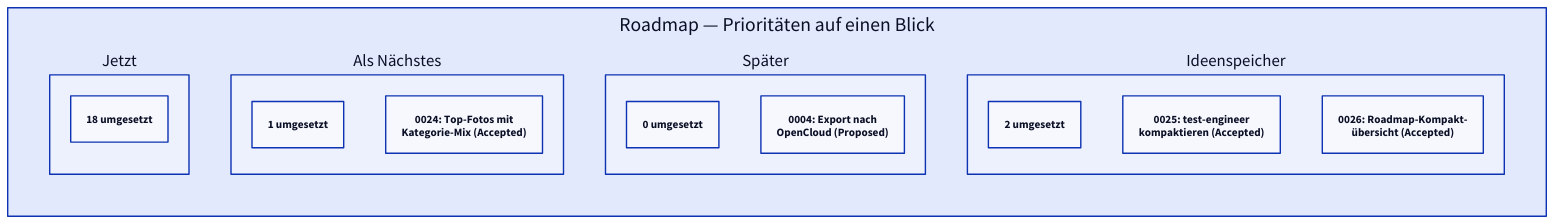
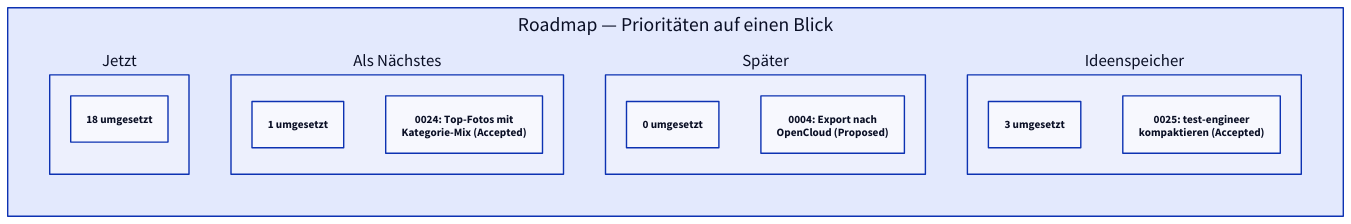
Before and after one commit to TheRealKoller/photosort: the diagram in specs/diagrams/roadmap-overview.d2, drawn with D2. The commit also changed 3 other files, not shown here.

First line of the commit message:
docs: mark spec 0026 Implemented, update roadmap overview

```diff
--- a/specs/diagrams/roadmap-overview.d2
+++ b/specs/diagrams/roadmap-overview.d2
@@ -1,46 +1,45 @@
 # Kompakte Kanban-Uebersicht ueber specs/roadmap.md, Abschnitt "Priorisierung".
 # Siehe Feature-Spec specs/features/0026-roadmap-kompaktuebersicht-und-readme-link.md.
 #
 # Nur nicht-implementierte Specs bekommen eine eigene Karte, bereits
 # implementierte Specs werden pro Spalte als ein einzelner Zaehler
 # zusammengefasst (haelt das Diagramm bei ueber 20 Specs insgesamt lesbar,
 # statt eine Karte pro Spec zu zeigen - siehe Spec 0026, "Architektur /
 # Umsetzung").
 #
 # Bewusst nicht enthalten: Spec 0001 (Sonderstatus "Implemented (Backend) -
 # Frontend-Oberflaeche/API-Auth noch offen"), da sie in keiner der vier
 # Prioritaets-Spalten in specs/roadmap.md steht - siehe Spec 0026,
 # "Entscheidungen".
 #
 # Pflege: wird vom requirements-engineer mitaktualisiert, wenn er ohnehin
 # roadmap.md aendert (neue Spec, Status-/Prioritaetswechsel) - Diagramm und
 # die Tabelle "Status auf einen Blick" im selben Schritt aktualisieren, sonst
 # laufen beide auseinander.
 #
 # Rendern: scripts/render-diagrams.sh (ruft "d2 --sketch" auf).
 # Gerendert/verifiziert mit d2 v0.7.1 (https://github.com/d2lang/d2/releases).
 
 board: "Roadmap — Prioritäten auf einen Blick" {
   grid-columns: 4
   grid-gap: 60
 
   jetzt: "Jetzt" {
     zaehler: "18 umgesetzt"
   }
 
   als_naechstes: "Als Nächstes" {
     zaehler: "1 umgesetzt"
     "0024: Top-Fotos mit\nKategorie-Mix (Accepted)"
   }
 
   spaeter: "Später" {
     zaehler: "0 umgesetzt"
     "0004: Export nach\nOpenCloud (Proposed)"
   }
 
   ideenspeicher: "Ideenspeicher" {
-    zaehler: "2 umgesetzt"
+    zaehler: "3 umgesetzt"
     "0025: test-engineer\nkompaktieren (Accepted)"
-    "0026: Roadmap-Kompakt-\nübersicht (Accepted)"
   }
 }
```
